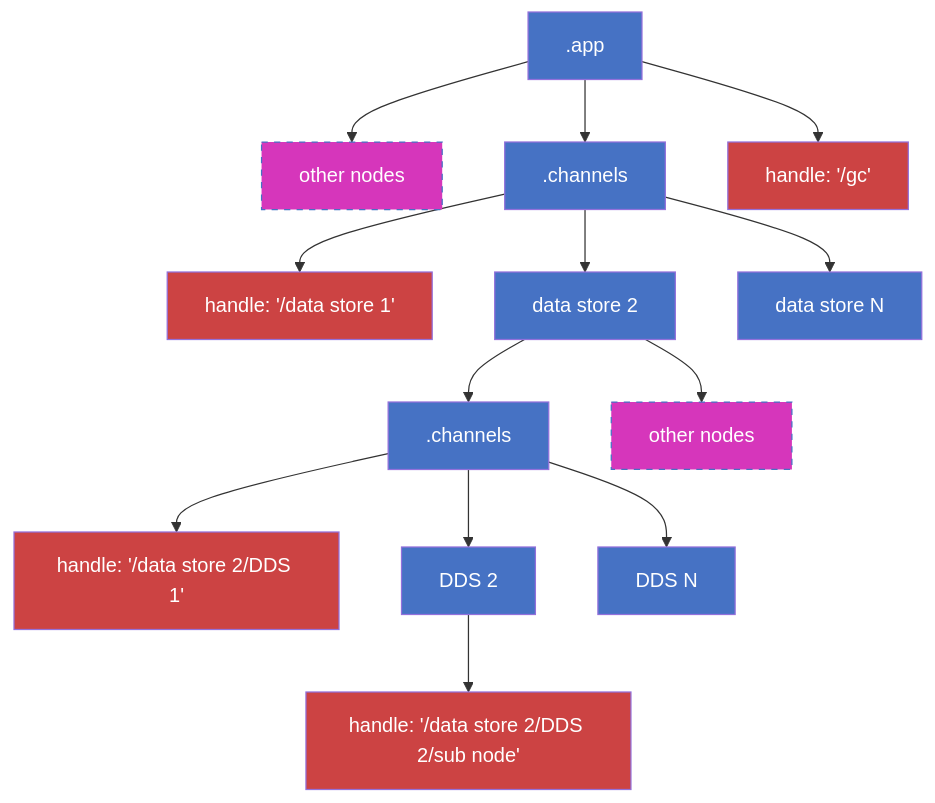
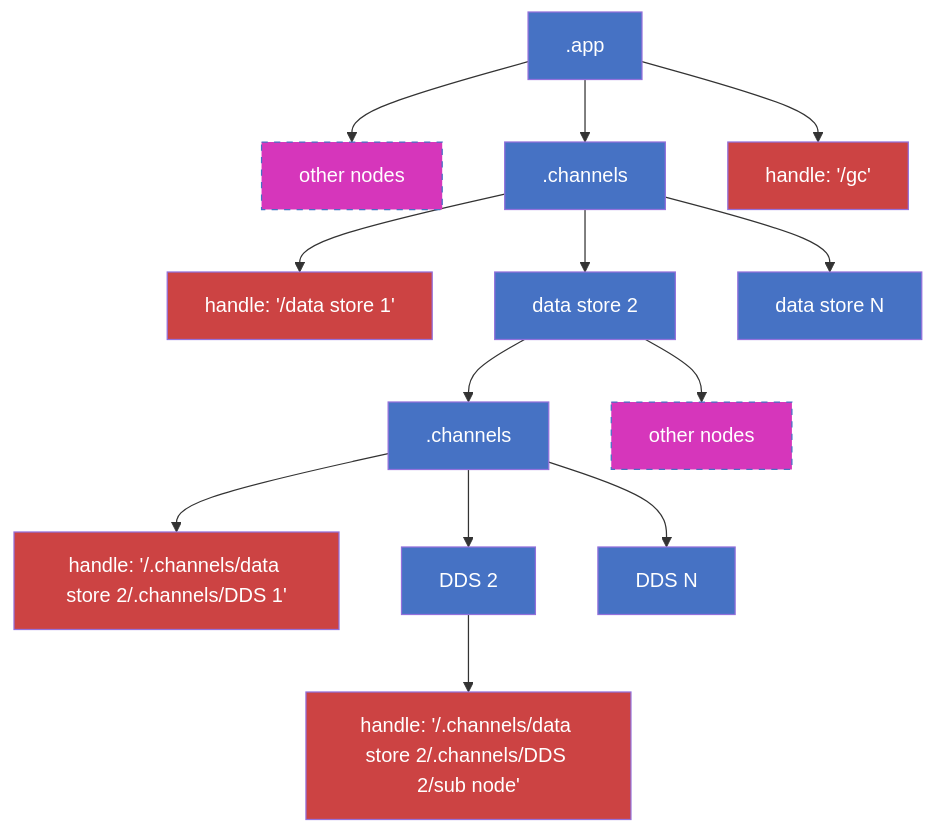
One commit to microsoft/FluidFramework changed the third of 3 diagrams in packages/runtime/container-runtime/src/summary/summaryFormats.md. Above: the diagram before and after it, drawn with Mermaid. The commit also changed other lines of this file and 2 other files, not shown here.

Commit message:
Improve summary handle documentation examples

````diff
--- a/packages/runtime/container-runtime/src/summary/summaryFormats.md
+++ b/packages/runtime/container-runtime/src/summary/summaryFormats.md
@@ -203,19 +205,19 @@
 ```mermaid
 flowchart TD
     classDef tree fill:#4672c4,color:#fff
     classDef blob fill:#538135,color:#fff
     classDef others fill:#d636bb,stroke:#4672c4,stroke-width:1px,color:#fff,stroke-dasharray: 5 5
     classDef handle fill:#cc4343,color:#fff
     A[".app"]:::tree --> B["other nodes"]:::others
     A --> C[.channels]:::tree
         C --> D["handle: '/data store 1'"]:::handle
         C --> E["data store 2"]:::tree
             E --> F[".channels"]:::tree
-                F --> G["handle: '/data store 2/DDS 1'"]:::handle
+                F --> G["handle: '/.channels/data store 2/.channels/DDS 1'"]:::handle
                 F --> H["DDS 2"]:::tree
-                    H --> I["handle: '/data store 2/DDS 2/sub node'"]:::handle
+                    H --> I["handle: '/.channels/data store 2/.channels/DDS 2/sub node'"]:::handle
                 F --> J["DDS N"]:::tree
             E --> K["other nodes"]:::others
         C --> L["data store N"]:::tree
     A --> M["handle: '/gc'"]:::handle
 ```
````
